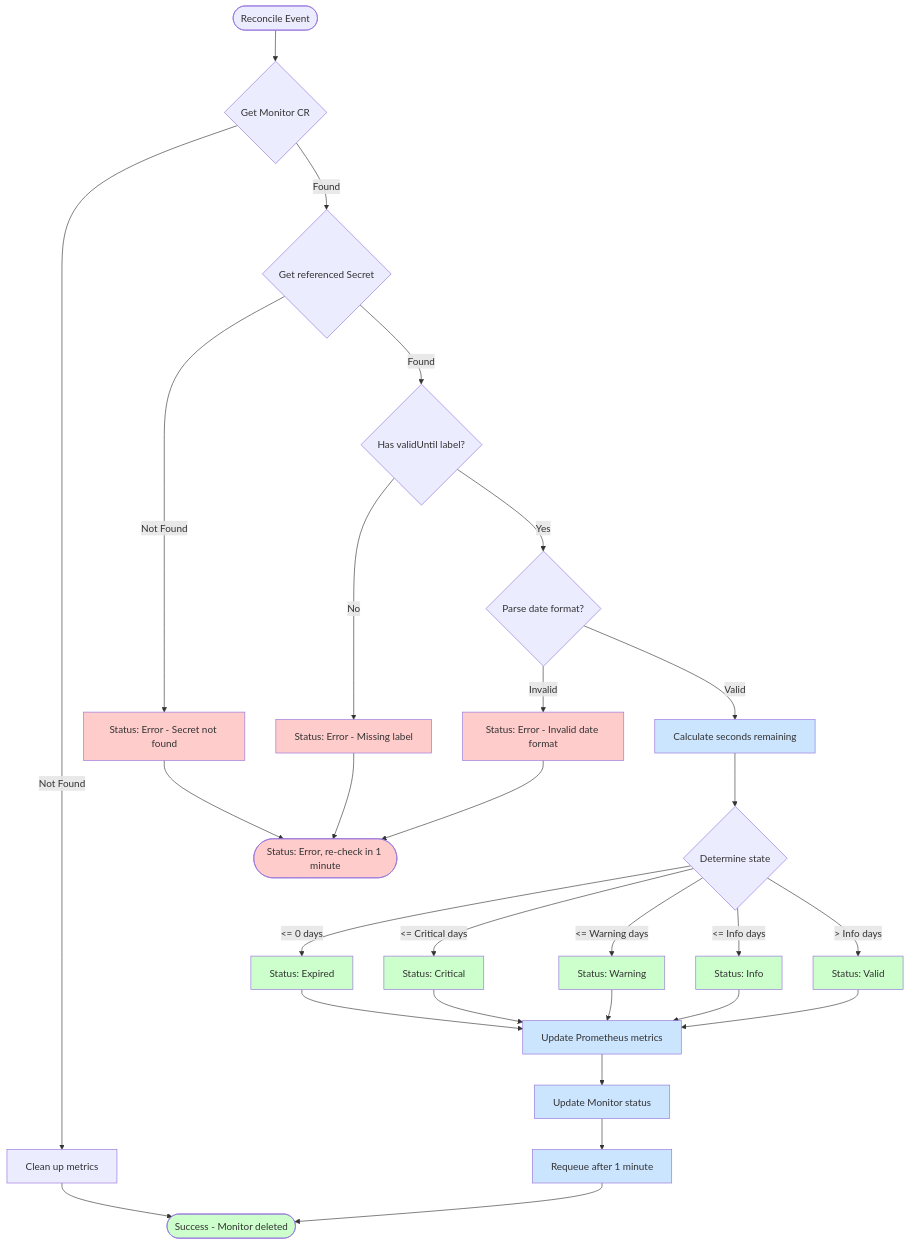
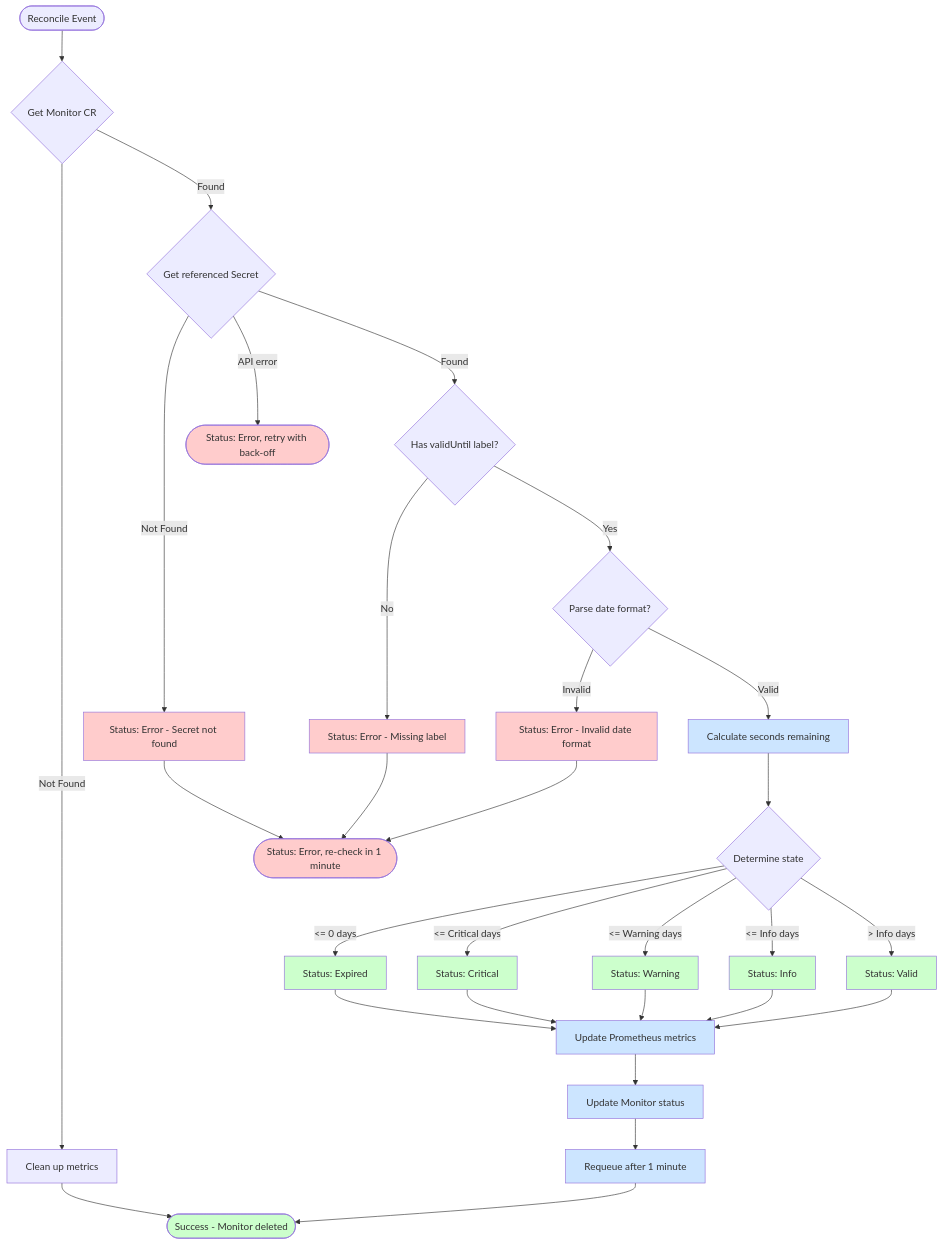
Before and after one commit to stakater/expiring-secret-operator: the second of 2 diagrams in README.md, drawn with Mermaid.

Commit message:
docs: show the API-error back-off in the flowchart

````diff
--- a/README.md
+++ b/README.md
@@ -228,50 +228,52 @@
 ```mermaid
 flowchart TD
     START([Reconcile Event]) --> GET_MONITOR{Get Monitor CR}
     
     GET_MONITOR -->|Not Found| CLEANUP[Clean up metrics]
     CLEANUP --> END_SUCCESS([Success - Monitor deleted])
     
     GET_MONITOR -->|Found| GET_SECRET{Get referenced Secret}
     
     GET_SECRET -->|Not Found| ERROR_SECRET[Status: Error - Secret not found]
     ERROR_SECRET --> END_ERROR([Status: Error, re-check in 1 minute])
+    
+    GET_SECRET -->|API error| ERROR_API([Status: Error, retry with back-off])
     
     GET_SECRET -->|Found| CHECK_LABEL{Has validUntil label?}
     
     CHECK_LABEL -->|No| ERROR_LABEL[Status: Error - Missing label]
     ERROR_LABEL --> END_ERROR
     
     CHECK_LABEL -->|Yes| PARSE_DATE{Parse date format?}
     
     PARSE_DATE -->|Invalid| ERROR_PARSE[Status: Error - Invalid date format]
     ERROR_PARSE --> END_ERROR
     
     PARSE_DATE -->|Valid| CALC_REMAINING[Calculate seconds remaining]
     CALC_REMAINING --> DETERMINE_STATE{Determine state}
     
     DETERMINE_STATE -->|<= 0 days| STATE_EXPIRED[Status: Expired] 
     DETERMINE_STATE -->|<= Critical days| STATE_CRITICAL[Status: Critical]
     DETERMINE_STATE -->|<= Warning days| STATE_WARNING[Status: Warning] 
     DETERMINE_STATE -->|<= Info days| STATE_INFO[Status: Info]
     DETERMINE_STATE -->|> Info days| STATE_VALID[Status: Valid]
     
     STATE_EXPIRED --> UPDATE_METRICS[Update Prometheus metrics]
     STATE_CRITICAL --> UPDATE_METRICS
     STATE_WARNING --> UPDATE_METRICS
     STATE_INFO --> UPDATE_METRICS
     STATE_VALID --> UPDATE_METRICS
     
     UPDATE_METRICS --> UPDATE_STATUS[Update Monitor status]
     UPDATE_STATUS --> REQUEUE[Requeue after 1 minute]
     REQUEUE --> END_SUCCESS
     
     %% Styling
     classDef errorPath fill:#ffcccc
     classDef successPath fill:#ccffcc
     classDef processPath fill:#cce5ff
     
-    class ERROR_SECRET,ERROR_LABEL,ERROR_PARSE,END_ERROR errorPath
+    class ERROR_SECRET,ERROR_LABEL,ERROR_PARSE,END_ERROR,ERROR_API errorPath
     class STATE_EXPIRED,STATE_CRITICAL,STATE_WARNING,STATE_INFO,STATE_VALID,END_SUCCESS successPath
     class CALC_REMAINING,UPDATE_METRICS,UPDATE_STATUS,REQUEUE processPath
 ```
````
